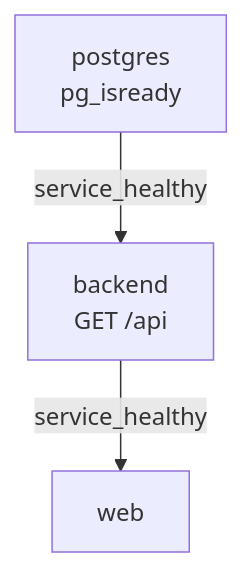
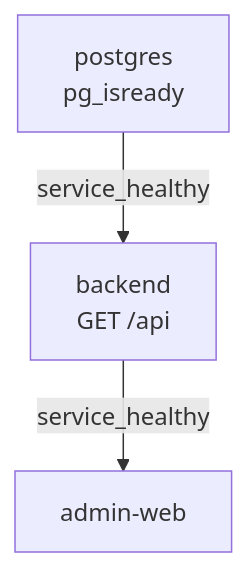
Before and after one commit to what-if-junior/processo-seletivo-inteligente: the second of 2 diagrams in docs/architecture.md, drawn with Mermaid. The commit also changed other lines of this file and 72 other files, not shown here.

First line of the commit message:
build(monorepo): 📦 detach turborepo and split admin-web

````diff
--- a/docs/architecture.md
+++ b/docs/architecture.md
@@ -145,5 +150,5 @@
 ```mermaid
 flowchart TB
   P[postgres\npg_isready] -->|service_healthy| A[backend\nGET /api]
-  A -->|service_healthy| W[web]
+  A -->|service_healthy| W[admin-web]
 ```
````
